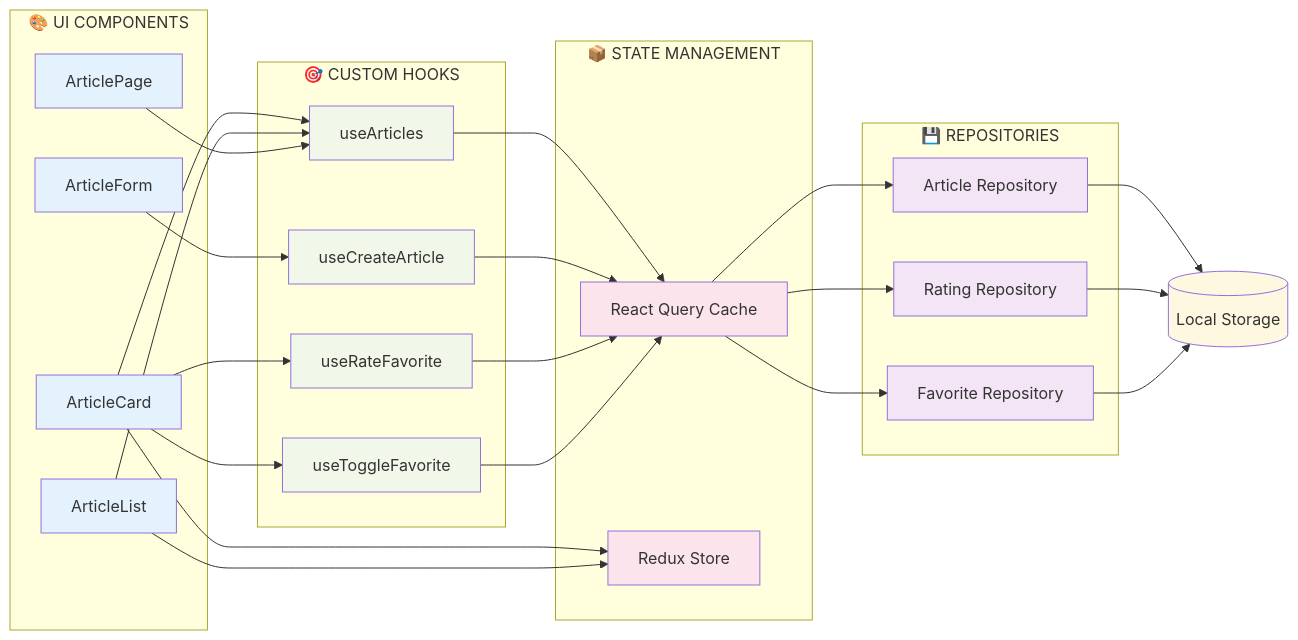
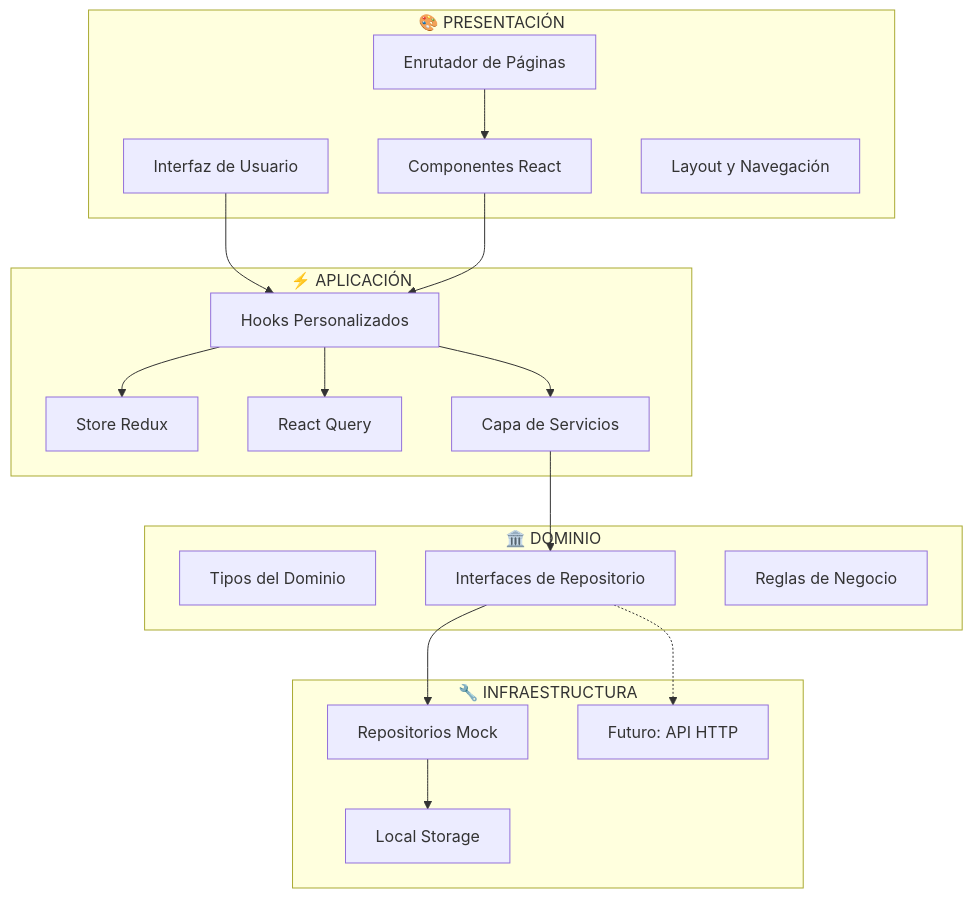
The second of 2 diagrams in README.md (TzzJokerzzT/article-manager), drawn with Mermaid before and after one commit. The commit also changed other lines of this file, not shown here.

First line of the commit message:
feat: create comprehensive bilingual README with English/Spanish language toggle

````diff
--- a/README.md
+++ b/README.md
@@ -164,71 +531,44 @@
 ```mermaid
-graph LR
-    %% UI Components
-    subgraph "🎨 UI COMPONENTS"
-        AC[ArticleCard]
-        AF[ArticleForm]
-        AL[ArticleList]
-        AP[ArticlePage]
+graph TB
+    %% User Interface Layer
+    subgraph "🎨 PRESENTACIÓN"
+        UI[Interfaz de Usuario]
+        PAGES[Enrutador de Páginas]
+        COMPONENTS[Componentes React]
+        LAYOUT[Layout y Navegación]
     end
 
-    %% Custom Hooks Layer
-    subgraph "🎯 CUSTOM HOOKS"
-        UA[useArticles]
-        UCA[useCreateArticle]
-        URF[useRateFavorite]
-        UTA[useToggleFavorite]
+    %% Application Layer
+    subgraph "⚡ APLICACIÓN"
+        HOOKS[Hooks Personalizados]
+        STORE[Store Redux]
+        QUERY[React Query]
+        SERVICES[Capa de Servicios]
     end
 
-    %% State Management
-    subgraph "📦 STATE MANAGEMENT"
-        RQ[React Query Cache]
-        RS[Redux Store]
+    %% Domain Layer
+    subgraph "🏛️ DOMINIO"
+        TYPES[Tipos del Dominio]
+        INTERFACES[Interfaces de Repositorio]
+        RULES[Reglas de Negocio]
     end
 
-    %% Repositories
-    subgraph "💾 REPOSITORIES"
-        AR[Article Repository]
-        RR[Rating Repository]
-        FR[Favorite Repository]
+    %% Infrastructure Layer
+    subgraph "🔧 INFRAESTRUCTURA"
+        MOCK[Repositorios Mock]
+        STORAGE[Local Storage]
+        FUTURE[Futuro: API HTTP]
     end
 
-    %% Storage
-    LS[(Local Storage)]
-
     %% Data Flow
-    AC --> UA
-    AF --> UCA
-    AL --> UA
-    AP --> UA
-    AC --> URF
-    AC --> UTA
-
-    UA --> RQ
-    UCA --> RQ
-    URF --> RQ
-    UTA --> RQ
-
-    AC --> RS
-    AL --> RS
-
-    RQ --> AR
-    RQ --> RR
-    RQ --> FR
-
-    AR --> LS
-    RR --> LS
-    FR --> LS
-
-    %% Styling
-    classDef ui fill:#e3f2fd
-    classDef hooks fill:#f1f8e9
-    classDef state fill:#fce4ec
-    classDef repo fill:#f3e5f5
-    classDef storage fill:#fff8e1
-
-    class AC,AF,AL,AP ui
-    class UA,UCA,URF,UTA hooks
-    class RQ,RS state
-    class AR,RR,FR repo
-    class LS storage
+    UI --> HOOKS
+    PAGES --> COMPONENTS
+    COMPONENTS --> HOOKS
+    HOOKS --> STORE
+    HOOKS --> QUERY
+    HOOKS --> SERVICES
+    SERVICES --> INTERFACES
+    INTERFACES --> MOCK
+    MOCK --> STORAGE
+    INTERFACES -.-> FUTURE
 ```
````
